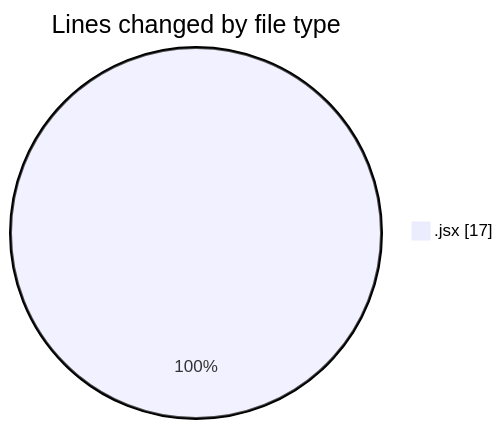
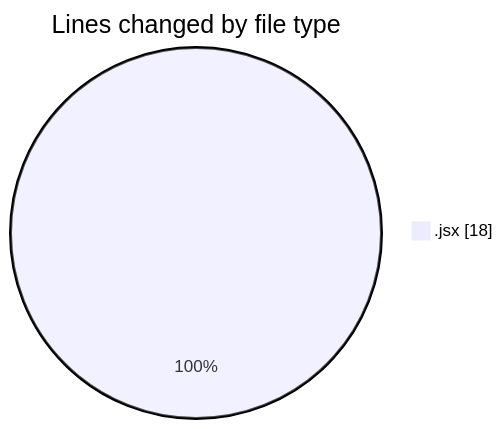
The first of 2 diagrams in 2025-10-09/nxtqube_webapp/README.md (nxtqubesakshisongat/code-tracking), drawn with Mermaid before and after one commit. The commit also changed other lines of this file and 1 other file, not shown here.

````diff
--- a/2025-10-09/nxtqube_webapp/README.md
+++ b/2025-10-09/nxtqube_webapp/README.md
@@ -20,5 +20,5 @@
 ```mermaid
 pie showData
 title Lines changed by file type
-".jsx" : 17
+".jsx" : 18
 ```
````
